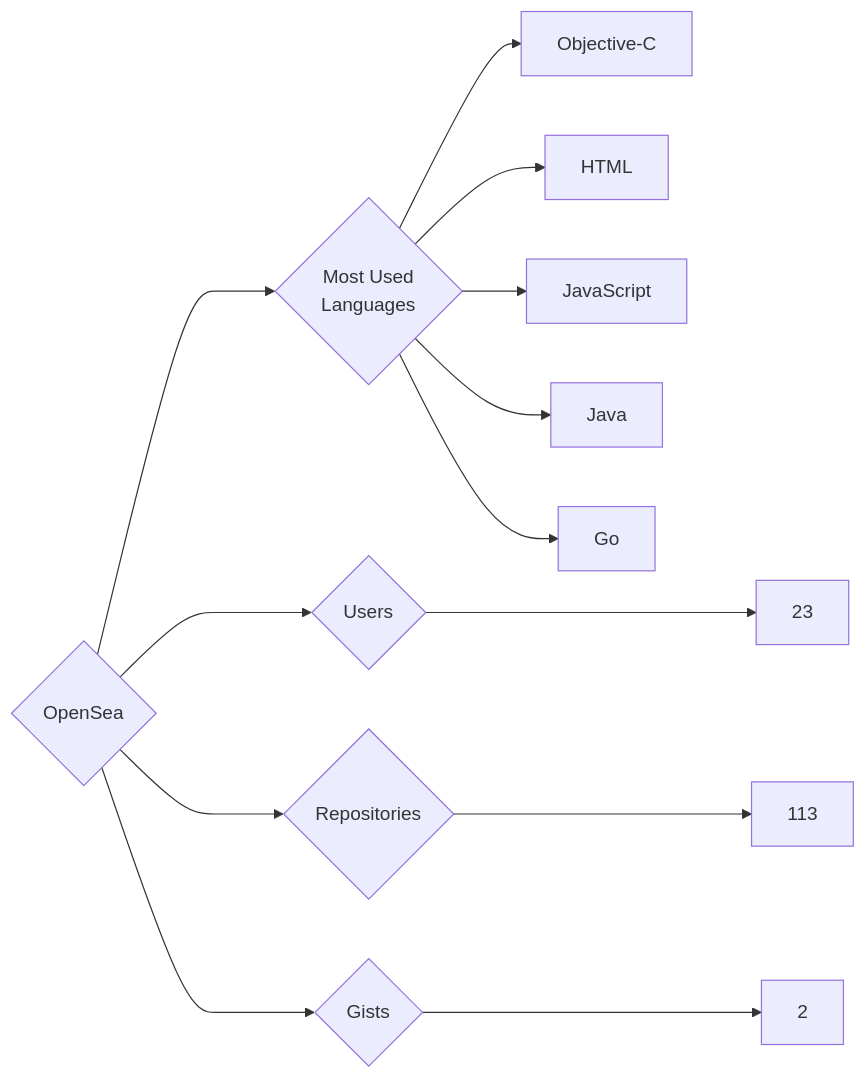
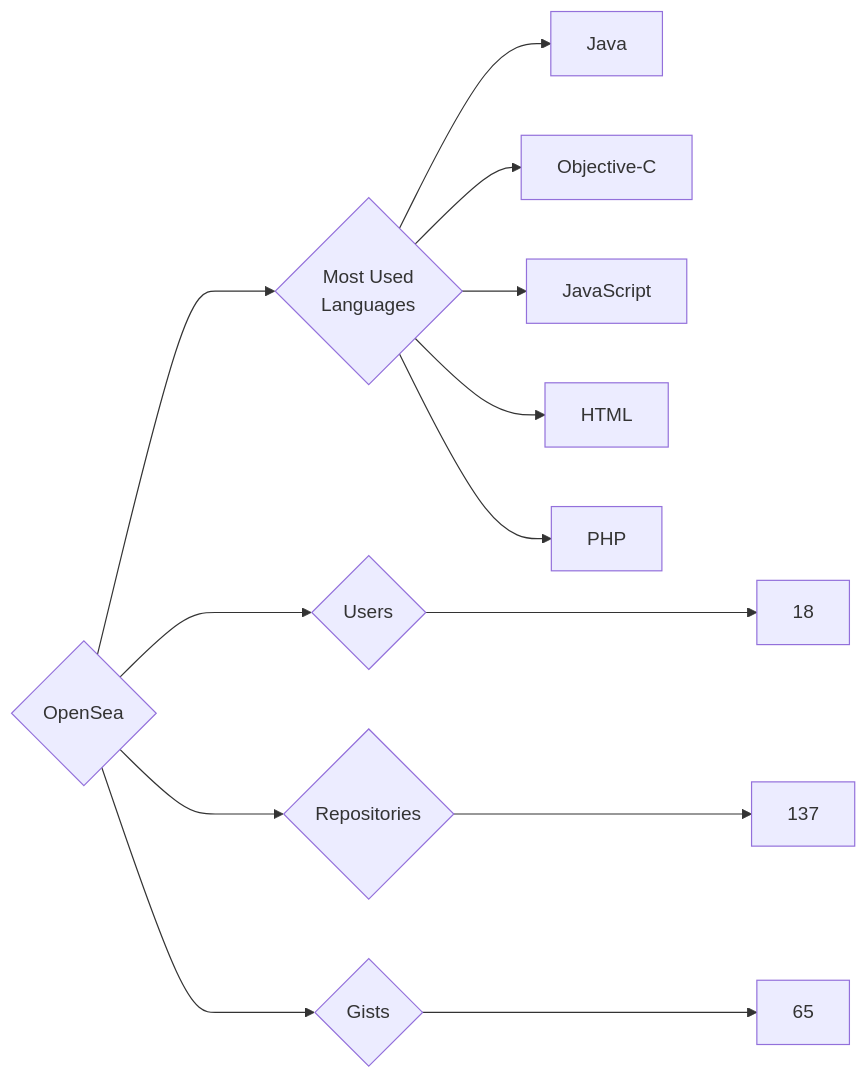
Before and after one commit to trickest/insiders: the diagram in targets/OpenSea/README.md, drawn with Mermaid. The commit also changed 833 other files, not shown here.

````diff
--- a/targets/OpenSea/README.md
+++ b/targets/OpenSea/README.md
@@ -3,13 +3,13 @@
 ```mermaid
 graph LR
 COMPANY_NAME{OpenSea}
-COMPANY_NAME ---> U{Users} ---> UN[23]
-COMPANY_NAME ---> R{Repositories} ---> RN[113]
-COMPANY_NAME ---> G{Gists} ---> GN[2]
+COMPANY_NAME ---> U{Users} ---> UN[18]
+COMPANY_NAME ---> R{Repositories} ---> RN[137]
+COMPANY_NAME ---> G{Gists} ---> GN[65]
 COMPANY_NAME ---> ML{Most Used<br>Languages}
+ML --> Java[Java]
 ML --> Objective-C[Objective-C]
+ML --> JavaScript[JavaScript]
 ML --> HTML[HTML]
-ML --> JavaScript[JavaScript]
-ML --> Java[Java]
-ML --> Go[Go]
+ML --> PHP[PHP]
 ```
````
